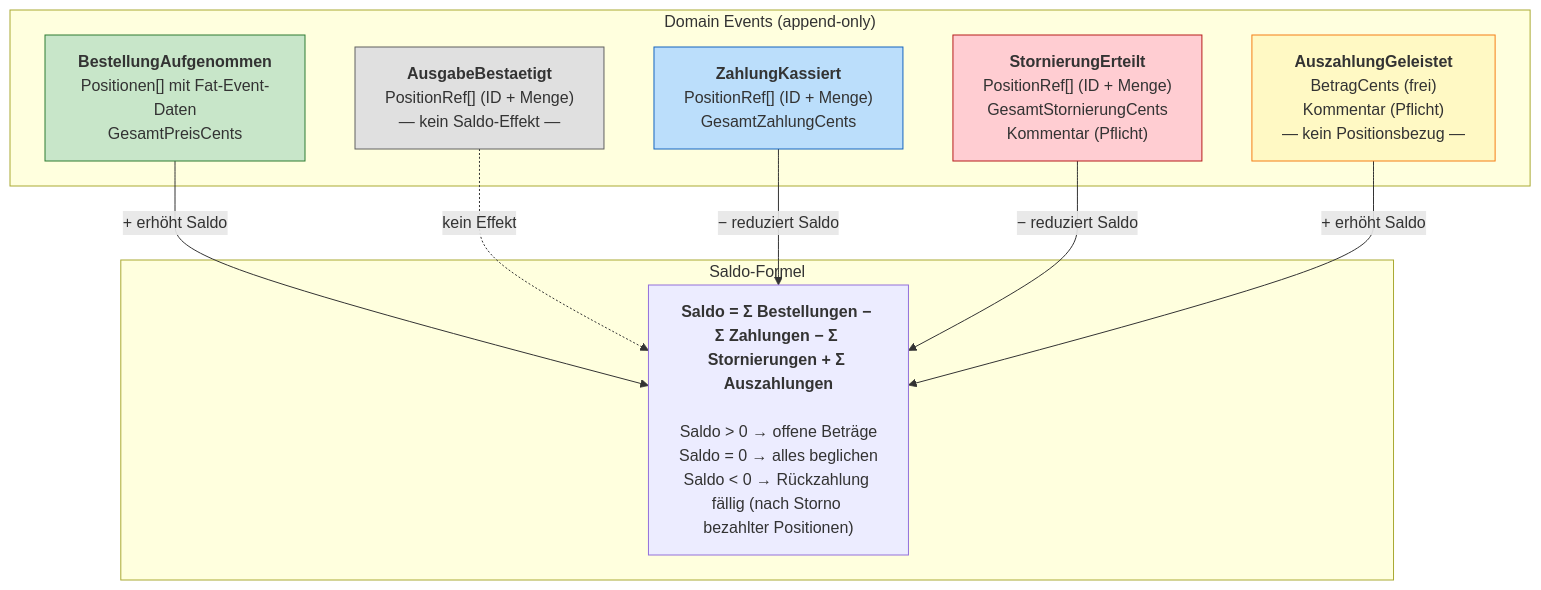
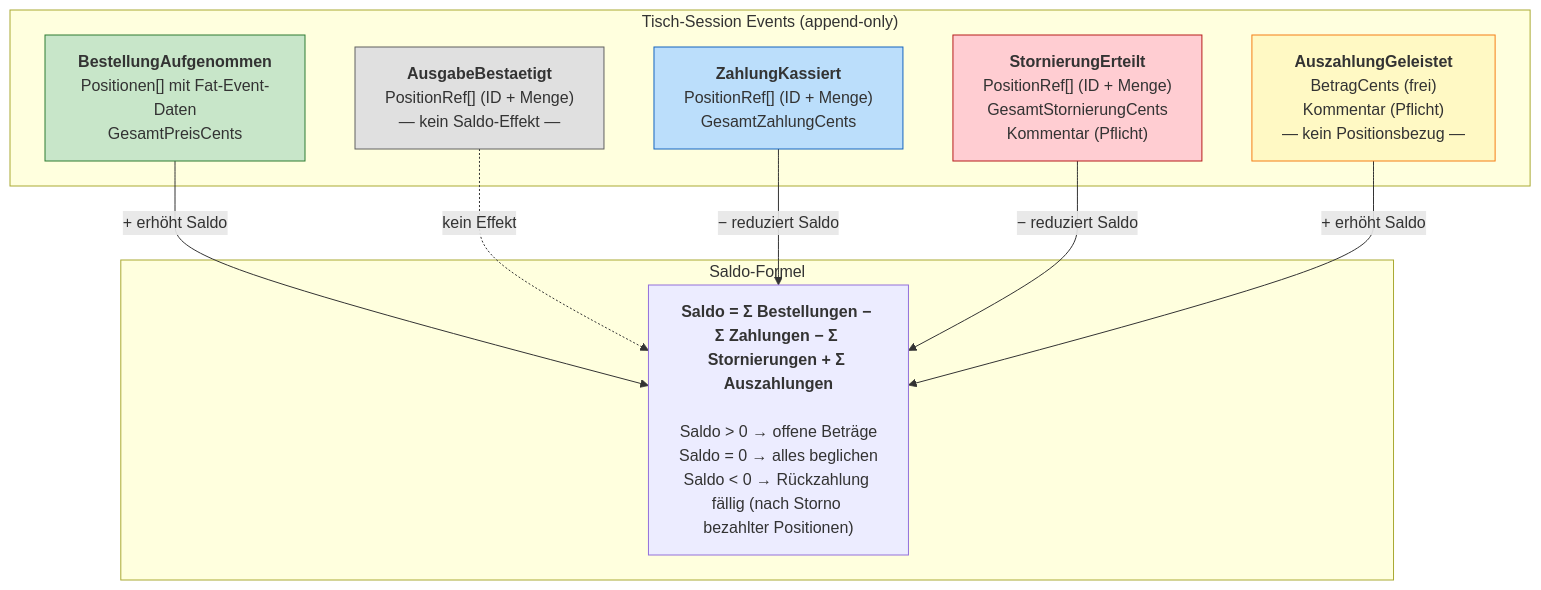
The fifth of 19 diagrams in docs/diagrams.md (nicograef/jotti), drawn with Mermaid before and after one commit. The commit also changed other lines of this file and 16 other files, not shown here.

````diff
--- a/docs/diagrams.md
+++ b/docs/diagrams.md
@@ -177,26 +172,26 @@
 ```mermaid
 graph TD
-    subgraph events ["Domain Events (append-only)"]
+    subgraph events ["Tisch-Session Events (append-only)"]
         e1["<b>BestellungAufgenommen</b><br/>Positionen[] mit Fat-Event-Daten<br/>GesamtPreisCents"]
         e2["<b>AusgabeBestaetigt</b><br/>PositionRef[] (ID + Menge)<br/>— kein Saldo-Effekt —"]
         e3["<b>ZahlungKassiert</b><br/>PositionRef[] (ID + Menge)<br/>GesamtZahlungCents"]
         e4["<b>StornierungErteilt</b><br/>PositionRef[] (ID + Menge)<br/>GesamtStornierungCents<br/>Kommentar (Pflicht)"]
         e5["<b>AuszahlungGeleistet</b><br/>BetragCents (frei)<br/>Kommentar (Pflicht)<br/>— kein Positionsbezug —"]
     end
 
     subgraph saldo ["Saldo-Formel"]
         formel["<b>Saldo = Σ Bestellungen − Σ Zahlungen − Σ Stornierungen + Σ Auszahlungen</b><br/><br/>Saldo &gt; 0 → offene Beträge<br/>Saldo = 0 → alles beglichen<br/>Saldo &lt; 0 → Rückzahlung fällig (nach Storno bezahlter Positionen)"]
     end
 
     e1 -->|"+ erhöht Saldo"| formel
     e2 -.->|"kein Effekt"| formel
     e3 -->|"− reduziert Saldo"| formel
     e4 -->|"− reduziert Saldo"| formel
     e5 -->|"+ erhöht Saldo"| formel
 
     style e1 fill:#c8e6c9,stroke:#2e7d32
     style e2 fill:#e0e0e0,stroke:#616161
     style e3 fill:#bbdefb,stroke:#1565c0
     style e4 fill:#ffcdd2,stroke:#b71c1c
     style e5 fill:#fff9c4,stroke:#f57f17
 ```
````
